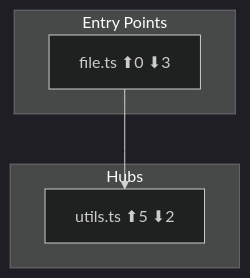
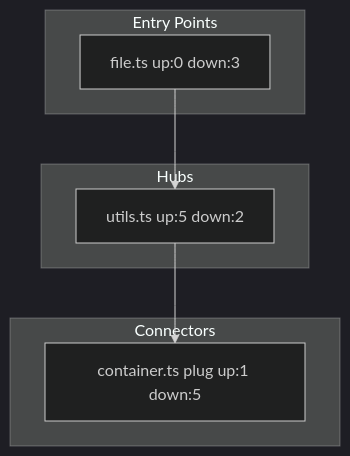
One commit to paulnsorensen/dotfiles changed the diagram in claude/agents/culture-lsp.md. Above: the diagram before and after it, drawn with Mermaid (dark theme). The commit also changed other lines of this file and 6 other files, not shown here.

````diff
--- a/claude/agents/culture-lsp.md
+++ b/claude/agents/culture-lsp.md
@@ -87,10 +100,14 @@
 ```mermaid
 graph TD
     subgraph "Entry Points"
-        A[file.ts ⬆0 ⬇3]
+        A[file.ts up:0 down:3]
+    end
+    subgraph "Connectors"
+        C[container.ts plug up:1 down:5]
     end
     subgraph "Hubs"
-        B[utils.ts ⬆5 ⬇2]
+        B[utils.ts up:5 down:2]
     end
     A --> B
+    B --> C
 ```
````
